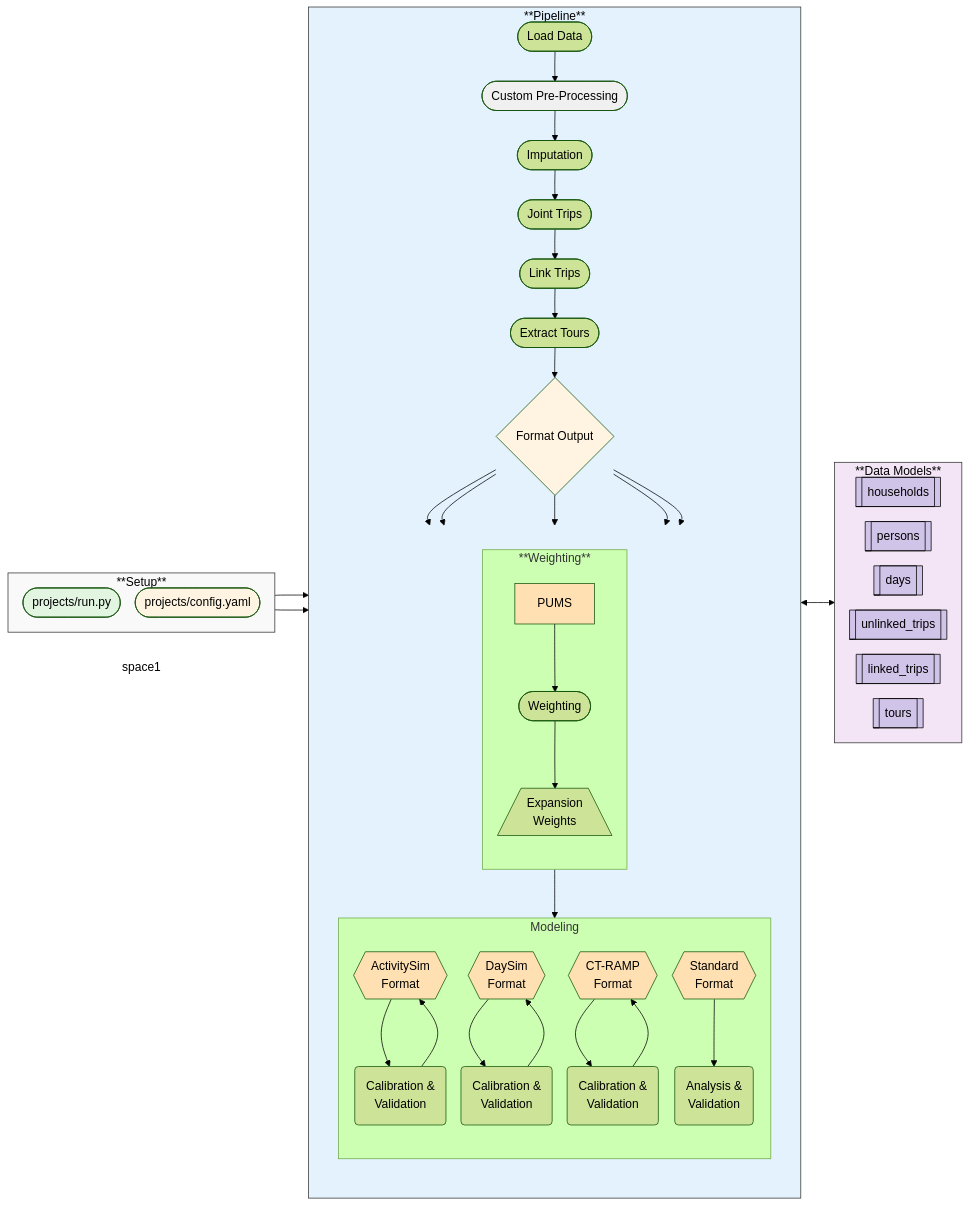
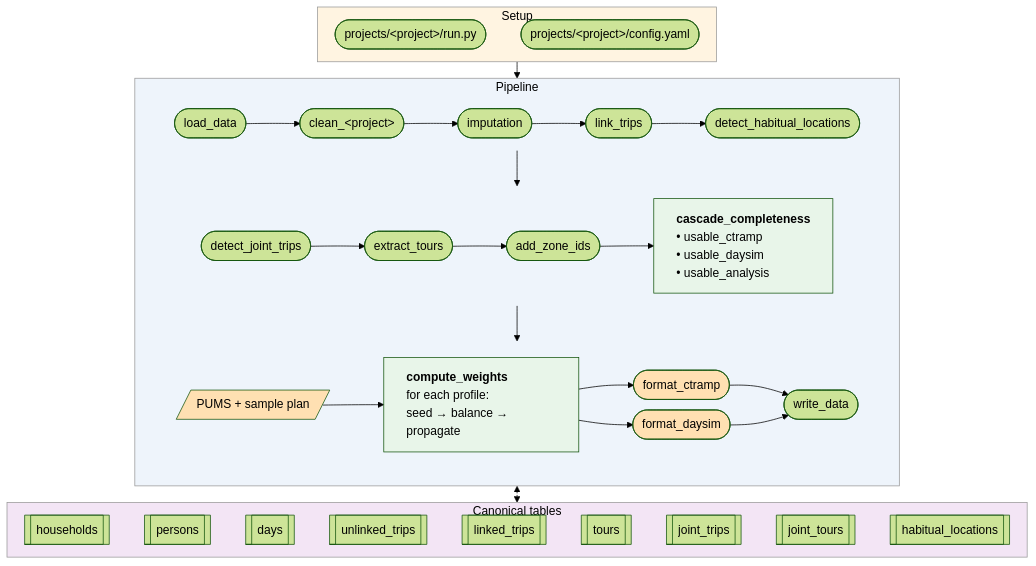
One commit to BayAreaMetro/travel-diary-survey-tools changed the diagram in README.md. Above: the diagram before and after it, drawn with Mermaid (forest theme). The commit also changed other lines of this file and 7 other files, not shown here.

````diff
--- a/README.md
+++ b/README.md
@@ -67,108 +67,48 @@
 ```mermaid
-%%{init: {
-  "flowchart": {
-    "rankSpacing": 15,
-    "nodeSpacing": 20
-  }
-}}%%
-
-flowchart LR
-
-subgraph Setup[**Setup**]
-  direction TB
-  RunPy([projects/run.py])
-  ConfigYAML([projects/config.yaml])
-end
-
-RunPy([projects/run.py]) ----> Pipeline
-ConfigYAML([projects/config.yaml]) ----> Pipeline
-
-subgraph Pipeline[**Pipeline**]
-  direction TB
-  LoadData([Load Data]) --> CustomPre([Custom Pre-Processing])
-  CustomPre --> Imputation([Imputation])
-  Imputation --> JointTrips([Joint Trips])
-  JointTrips --> LinkTrips([Link Trips])
-  LinkTrips --> ExtractTours([Extract Tours])
-  ExtractTours --> Format{Format Output}
-
-  Format --> PUMS
-  Format --> ActivitySim --> CnV1 --> ActivitySim
-  Format --> DaySim --> CnV2 --> DaySim
-  Format --> CTRAMP --> CnV3 --> CTRAMP
-  Format --> Standard --> CnV4
-
-  subgraph Output[" "]
-    direction TB
-    WeightingPipeline --> Modeling
+%%{init: {"flowchart": {"rankSpacing": 22, "nodeSpacing": 14}}}%%
+flowchart TB
+  subgraph Setup[Setup]
+    direction LR
+    Run(["projects/#lt;project#gt;/run.py"]) ~~~ Cfg(["projects/#lt;project#gt;/config.yaml"])
   end
 
-  subgraph WeightingPipeline[**Weighting**]
+  subgraph Pipeline[Pipeline]
     direction TB
-    PUMS --> Weighting([Weighting]) --> Weights
-    Weighting([Weighting])
-    Weights[/"Expansion<br>Weights"\]
+    subgraph Row1[" "]
+      direction LR
+      Load([load_data]) --> Clean(["clean_#lt;project#gt;"]) --> Impute([imputation]) --> Link([link_trips]) --> Hab([detect_habitual_locations])
+    end
+    subgraph Row2[" "]
+      direction LR
+      Joint([detect_joint_trips]) --> Tours([extract_tours]) --> Zones([add_zone_ids]) --> Comp
+      Comp["<b>cascade_completeness</b><br/>• usable_ctramp<br/>• usable_daysim<br/>• usable_analysis"]
+    end
+    subgraph Row3[" "]
+      direction LR
+      PUMS[/PUMS + sample plan/] --> Weights["<b>compute_weights</b><br/>for each profile:<br/>seed → balance → propagate"]
+      Weights --> CT([format_ctramp]) --> Write([write_data])
+      Weights --> DS([format_daysim]) --> Write
+    end
+    Row1 --> Row2 --> Row3
   end
 
-  subgraph Modeling["Modeling"]
-    direction TB
+  subgraph Tables[Canonical tables]
+    direction LR
+    H[[households]] ~~~ P[[persons]] ~~~ D[[days]] ~~~ U[[unlinked_trips]] ~~~ L[[linked_trips]] ~~~ T[[tours]] ~~~ J[[joint_trips]] ~~~ JT[[joint_tours]] ~~~ HL[[habitual_locations]]
+  end
 
-    ActivitySim{{ActivitySim<br>Format}}
-    CnV1("Calibration &<br>Validation")
+  Setup --> Pipeline
+  Pipeline <-.-> Tables
 
-    DaySim{{DaySim<br>Format}}
-    CnV2("Calibration &<br>Validation")
-
-    CTRAMP{{CT-RAMP<br>Format}}
-    CnV3("Calibration &<br>Validation")
-
-    Standard{{Standard<br>Format}}
-    CnV4("Analysis &<br>Validation")
-
-    style space1 fill:none,stroke:none
-  end
-end
-
-Pipeline <----> DataModels
-
-subgraph DataModels[**Data Models**]
-  direction LR
-  Households[["households"]]
-  Persons[["   persons   "]]
-  Days[["days"]]
-  UnlinkedTrips[["unlinked_trips"]]
-  LinkedTrips[["linked_trips"]]
-  Tours[["tours"]]
-end
-
-style Setup fill:#f9f9f9,stroke:#333,stroke-width:1px,color:#000
-style RunPy fill:#e1f5e1,color:#000
-style ConfigYAML fill:#fff4e1,color:#000
-style Pipeline fill:#e3f2fd,stroke:#333,stroke-width:1px,color:#000
-style DataModels fill:#f3e5f5,stroke:#333,stroke-width:1px,color:#000
-style Format fill:#fff4e1,color:#000
-
-style Output fill:none,stroke:#333,stroke-width:0px,color:#000
-
-style LoadData color:#000
-style CustomPre fill:#f0f0f0,color:#000
-style Imputation color:#000
-style JointTrips color:#000
-style LinkTrips color:#000
-style ExtractTours color:#000
-style Weighting color:#000
-style Format color:#000
-
-style Households fill:#d1c4e9,color:#000,stroke:#000
-style Persons fill:#d1c4e9,color:#000,stroke:#000
-style Days fill:#d1c4e9,color:#000,stroke:#000
-style UnlinkedTrips fill:#d1c4e9,color:#000,stroke:#000
-style LinkedTrips fill:#d1c4e9,color:#000,stroke:#000
-style Tours fill:#d1c4e9,color:#000,stroke:#000
-
-style ActivitySim fill:#ffe0b2,color:#000
-style DaySim fill:#ffe0b2,color:#000
-style CTRAMP fill:#ffe0b2,color:#000
-style Standard fill:#ffe0b2,color:#000
-style PUMS fill:#ffe0b2,color:#000
+  style Setup fill:#fff4e1,stroke:#999,color:#000
+  style Pipeline fill:#eef4fb,stroke:#999,color:#000
+  style Row1 fill:none,stroke:none
+  style Row2 fill:none,stroke:none
+  style Row3 fill:none,stroke:none
+  style Tables fill:#f3e5f5,stroke:#999,color:#000
+  style PUMS fill:#ffe0b2,color:#000
+  style Comp text-align:left,fill:#e8f5e9,color:#000
+  style Weights text-align:left,fill:#e8f5e9,color:#000
+  style CT fill:#ffe0b2,color:#000
+  style DS fill:#ffe0b2,color:#000
 ```
````
